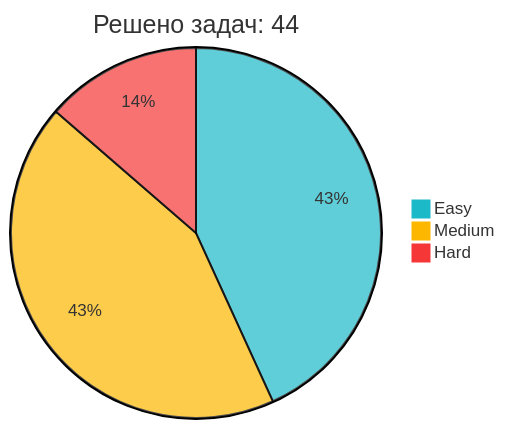
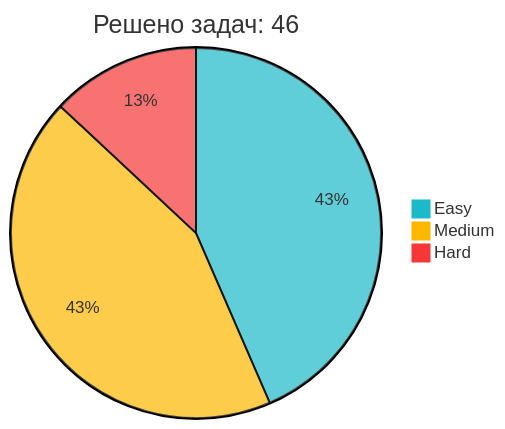
The diagram in README.md (IliaKurdukov/IliaKurdukov), drawn with Mermaid before and after one commit. The commit also changed other lines of this file, not shown here.

Commit message:
📈 Обновление статистики LeetCode

````diff
--- a/README.md
+++ b/README.md
@@ -51,7 +51,7 @@
 ```mermaid
 %%{init: {'theme': 'base', 'themeVariables': { 'pie1': '#1CBAC8', 'pie2': '#FEB700', 'pie3': '#F63737' }, 'config': {'width': 300, 'height': 200}}}%%
-pie title Решено задач: 44
-   "Easy" : 19
-   "Medium" : 19
+pie title Решено задач: 46
+   "Easy" : 20
+   "Medium" : 20
    "Hard" : 6
 ```
````
